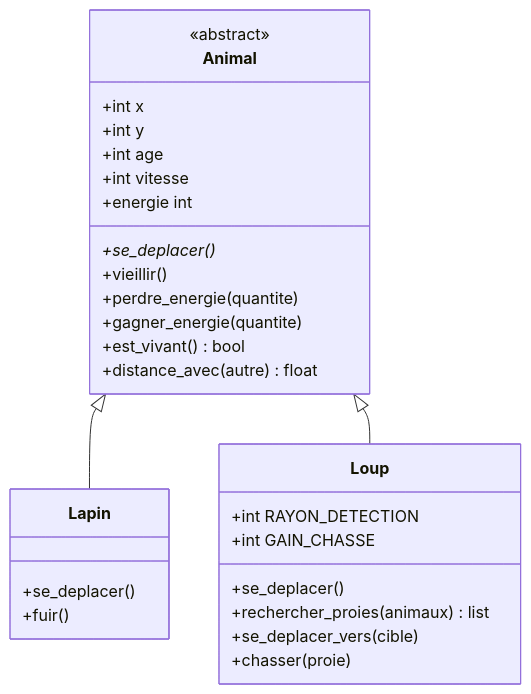
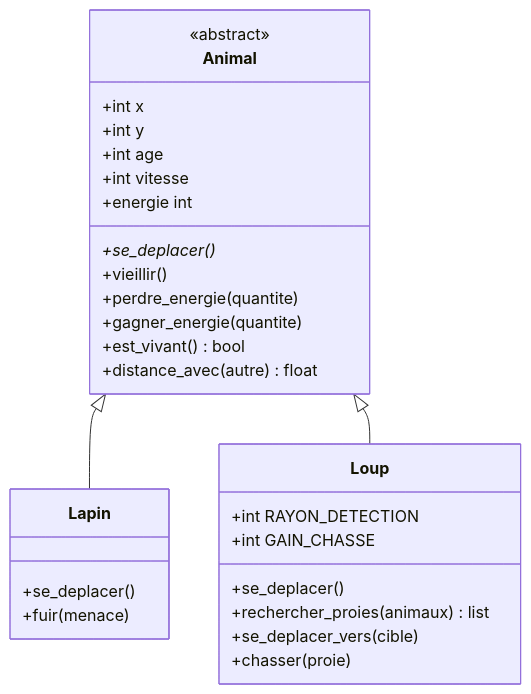
One commit to hmty-CHEN/POO-TP1 changed the second of 2 diagrams in traduction-rapport.md. Above: the diagram before and after it, drawn with Mermaid. The commit also changed 3 other files, not shown here.

````diff
--- a/traduction-rapport.md
+++ b/traduction-rapport.md
@@ -56,31 +56,31 @@
 ```mermaid
 classDiagram
     class Animal {
         <<abstract>>
         +int x
         +int y
         +int age
         +int vitesse
         +energie int
         +se_deplacer()*
         +vieillir()
         +perdre_energie(quantite)
         +gagner_energie(quantite)
         +est_vivant() bool
         +distance_avec(autre) float
     }
     class Lapin {
         +se_deplacer()
-        +fuir()
+        +fuir(menace)
     }
     class Loup {
         +int RAYON_DETECTION
         +int GAIN_CHASSE
         +se_deplacer()
         +rechercher_proies(animaux) list
         +se_deplacer_vers(cible)
         +chasser(proie)
     }
     Animal <|-- Lapin
     Animal <|-- Loup
 ```
````
